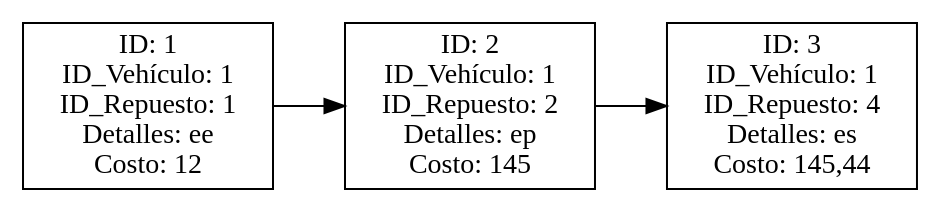
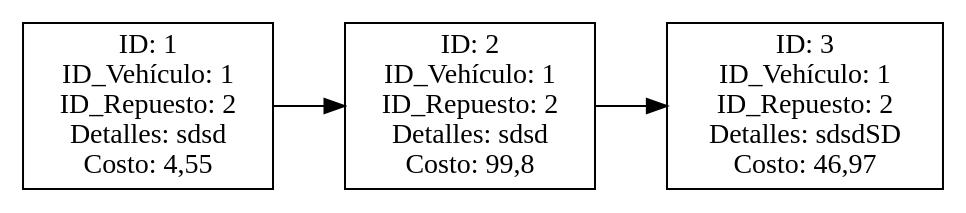
One commit to Santiago78op/EDD_1S2025_201905884 changed the diagram in Fase_1/AutoGestPro/AutoGestPro/bin/Debug/net9.0/reporte_Servicios.dot. Above: the diagram before and after it, drawn with Graphviz. The commit also changed 34 other files, not shown here.

```diff
--- a/Fase_1/AutoGestPro/AutoGestPro/bin/Debug/net9.0/reporte_Servicios.dot
+++ b/Fase_1/AutoGestPro/AutoGestPro/bin/Debug/net9.0/reporte_Servicios.dot
@@ -1,9 +1,9 @@
 digraph G {
 node [shape=box];
 rankdir=LR;
-S1 [label="ID: 1\nID_Vehículo: 1\nID_Repuesto: 1\nDetalles: ee\nCosto: 12"];
-S2 [label="ID: 2\nID_Vehículo: 1\nID_Repuesto: 2\nDetalles: ep\nCosto: 145"];
+S1 [label="ID: 1\nID_Vehículo: 1\nID_Repuesto: 2\nDetalles: sdsd\nCosto: 4,55"];
+S2 [label="ID: 2\nID_Vehículo: 1\nID_Repuesto: 2\nDetalles: sdsd\nCosto: 99,8"];
 S1 -> S2;
-S3 [label="ID: 3\nID_Vehículo: 1\nID_Repuesto: 4\nDetalles: es\nCosto: 145,44"];
+S3 [label="ID: 3\nID_Vehículo: 1\nID_Repuesto: 2\nDetalles: sdsdSD\nCosto: 46,97"];
 S2 -> S3;
 }
```
